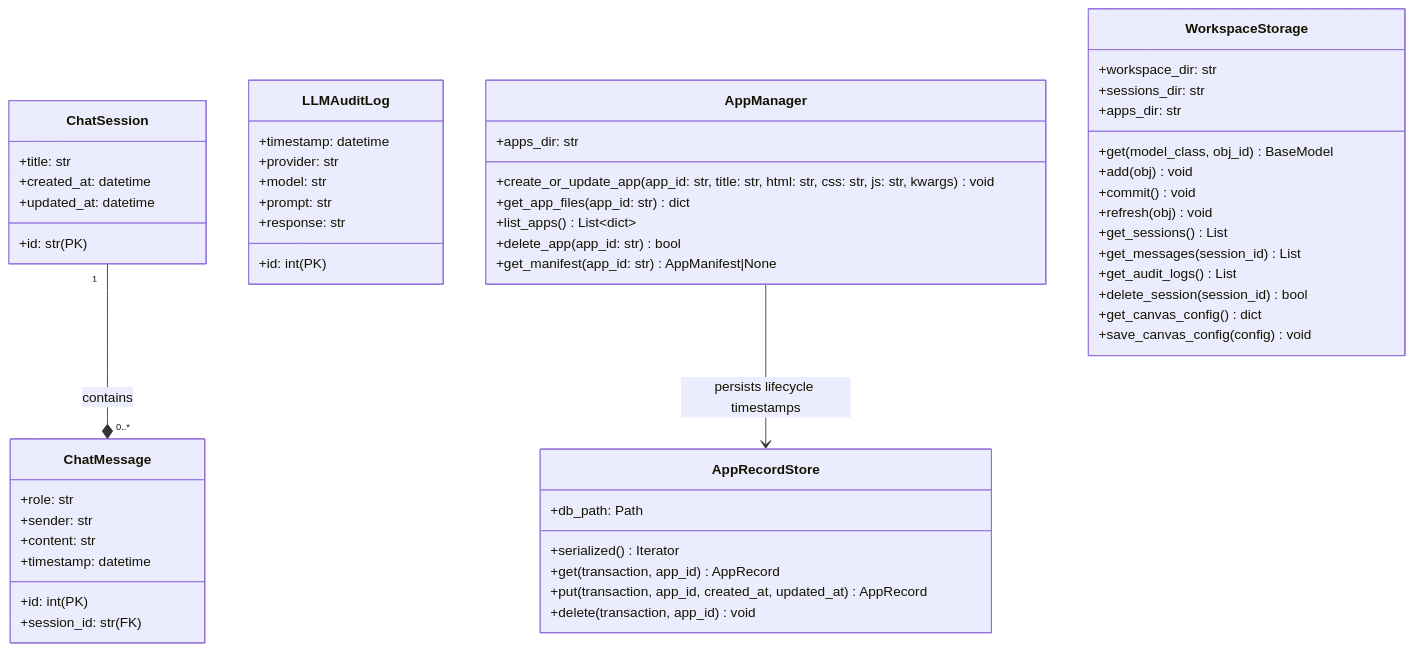
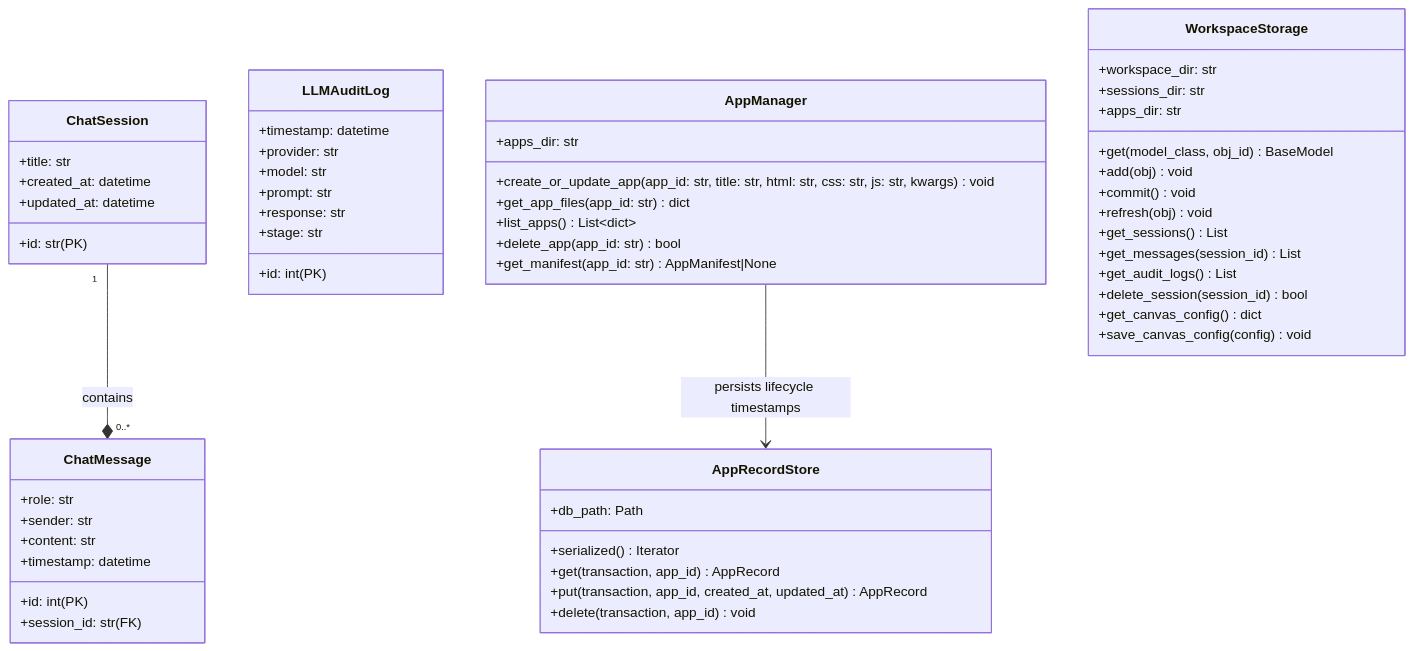
One commit to BillShiyaoZhang/ambient-agent changed the second of 6 diagrams in docs/architecture/uml.md. Above: the diagram before and after it, drawn with Mermaid. The commit also changed 13 other files, not shown here.

````diff
--- a/docs/architecture/uml.md
+++ b/docs/architecture/uml.md
@@ -29,63 +29,64 @@
 ```mermaid
 classDiagram
     class ChatSession {
         +id: str (PK)
         +title: str
         +created_at: datetime
         +updated_at: datetime
     }
 
     class ChatMessage {
         +id: int (PK)
         +session_id: str (FK)
         +role: str
         +sender: str
         +content: str
         +timestamp: datetime
     }
 
     class LLMAuditLog {
         +id: int (PK)
         +timestamp: datetime
         +provider: str
         +model: str
         +prompt: str
         +response: str
+        +stage: str
     }
 
     class AppManager {
         +apps_dir: str
         +create_or_update_app(app_id: str, title: str, html: str, css: str, js: str, kwargs) void
         +get_app_files(app_id: str) dict
         +list_apps() List~dict~
         +delete_app(app_id: str) bool
         +get_manifest(app_id: str) AppManifest|None
     }
 
     class AppRecordStore {
         +db_path: Path
         +serialized() Iterator
         +get(transaction, app_id) AppRecord
         +put(transaction, app_id, created_at, updated_at) AppRecord
         +delete(transaction, app_id) void
     }
 
     class WorkspaceStorage {
         +workspace_dir: str
         +sessions_dir: str
         +apps_dir: str
         +get(model_class, obj_id) BaseModel
         +add(obj) void
         +commit() void
         +refresh(obj) void
         +get_sessions() List
         +get_messages(session_id) List
         +get_audit_logs() List
         +delete_session(session_id) bool
         +get_canvas_config() dict
         +save_canvas_config(config) void
     }
 
     ChatSession "1" --* "0..*" ChatMessage : contains
     AppManager --> AppRecordStore : persists lifecycle timestamps
 ```
````
